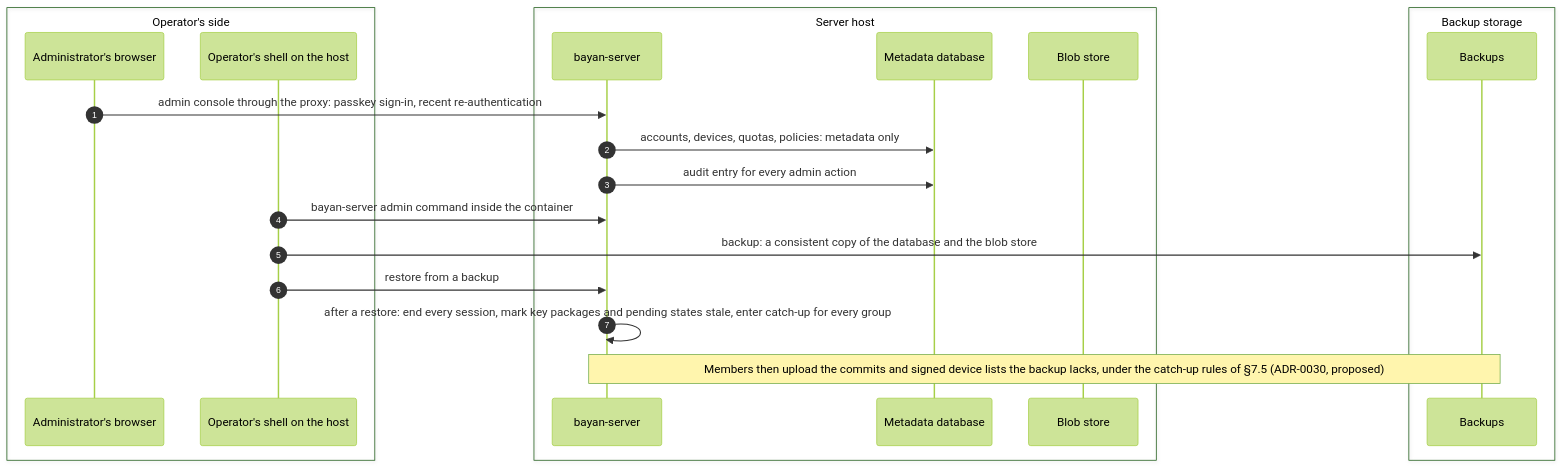
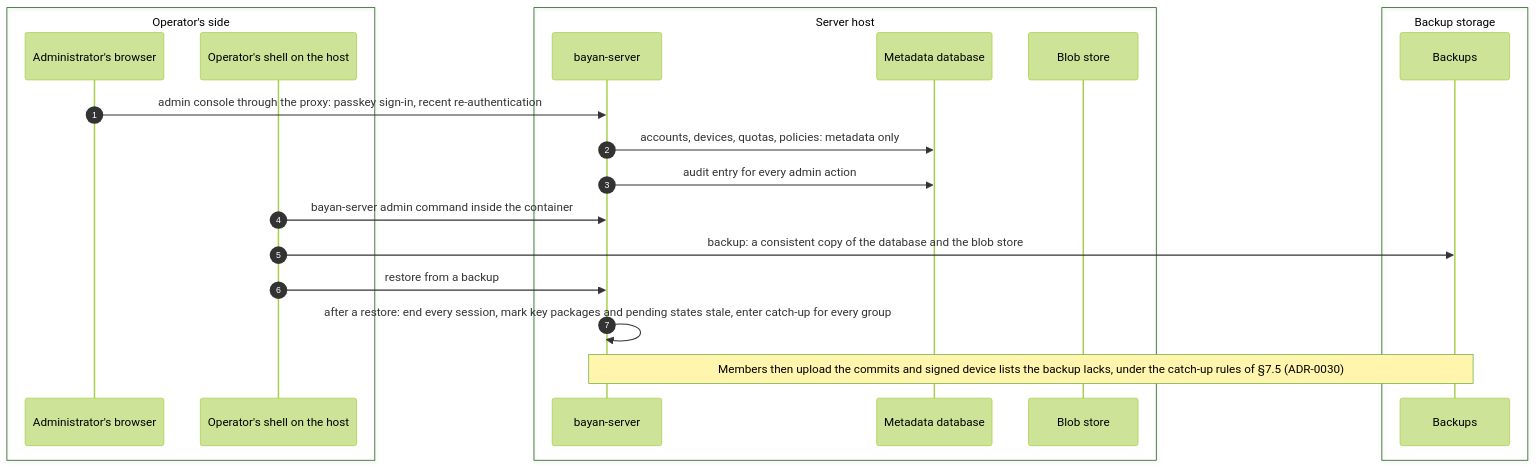
One commit to BayanDocs/docs changed diagram 20 of 21 in specs/threat-model.md. Above: the diagram before and after it, drawn with Mermaid (forest theme). The commit also changed other lines of this file and 5 other files, not shown here.

````diff
--- a/specs/threat-model.md
+++ b/specs/threat-model.md
@@ -1117,24 +1117,24 @@
 ```mermaid
 sequenceDiagram
   autonumber
   box Operator's side
     participant AD as Administrator's browser
     participant OP as Operator's shell on the host
   end
   box Server host
     participant S as bayan-server
     participant DB as Metadata database
     participant BL as Blob store
   end
   box Backup storage
     participant BK as Backups
   end
   AD->>S: admin console through the proxy: passkey sign-in, recent re-authentication
   S->>DB: accounts, devices, quotas, policies: metadata only
   S->>DB: audit entry for every admin action
   OP->>S: bayan-server admin command inside the container
   OP->>BK: backup: a consistent copy of the database and the blob store
   OP->>S: restore from a backup
   S->>S: after a restore: end every session, mark key packages and pending states stale, enter catch-up for every group
-  Note over S,BK: Members then upload the commits and signed device lists the backup lacks, under the catch-up rules of §7.5 (ADR-0030, proposed)
+  Note over S,BK: Members then upload the commits and signed device lists the backup lacks, under the catch-up rules of §7.5 (ADR-0030)
 ```
````
